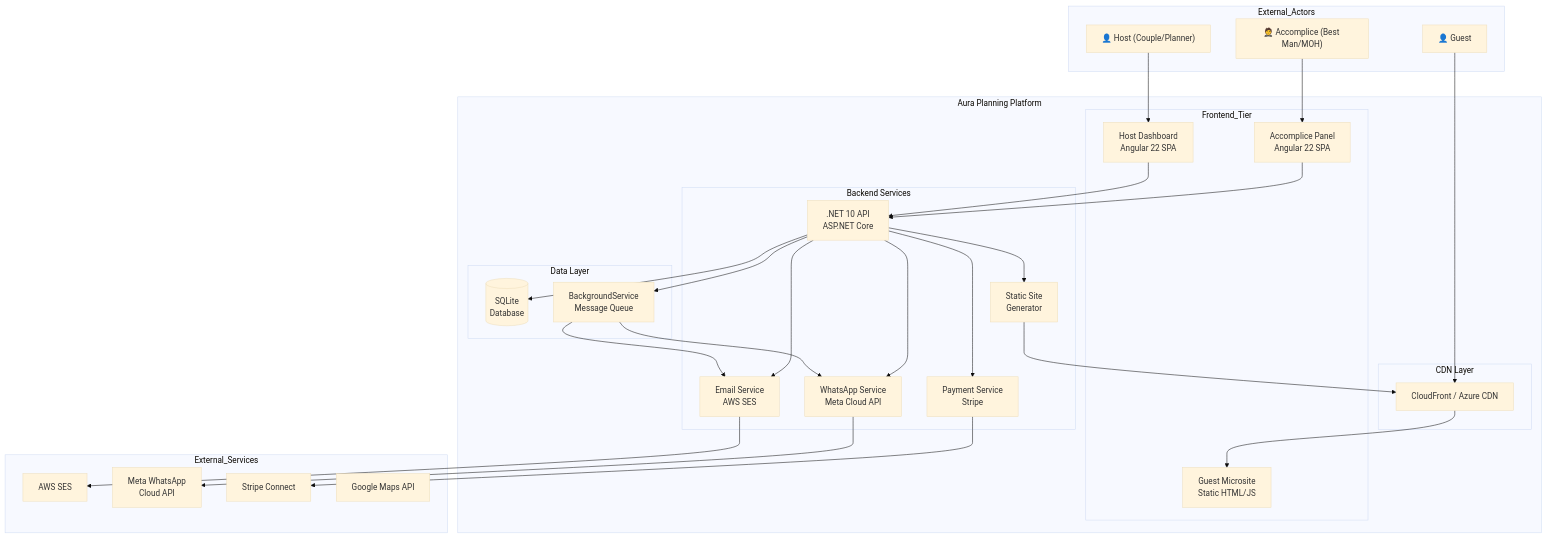
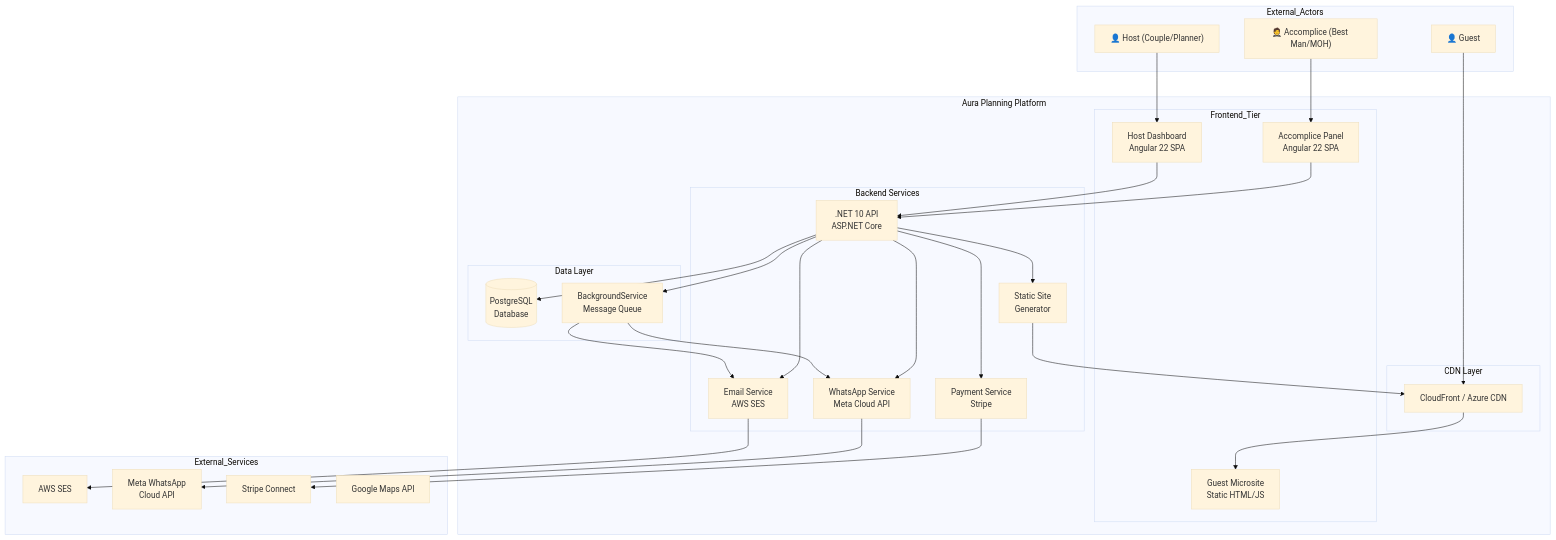
Before and after one commit to LIDR-academy/AI4Devs-finalproject: the first of 17 diagrams in .tmp/technical-architecture-analysis.md, drawn with Mermaid (base theme). The commit also changed other lines of this file and 11 other files, not shown here.

````diff
--- a/.tmp/technical-architecture-analysis.md
+++ b/.tmp/technical-architecture-analysis.md
@@ -40,63 +40,63 @@
 ```mermaid
 graph TB
     subgraph External_Actors
         Host["👤 Host (Couple/Planner)"]
         Guest["👤 Guest"]
         Accomplice["🤵 Accomplice (Best Man/MOH)"]
     end
 
     subgraph Aura_Platform["Aura Planning Platform"]
         subgraph Frontend_Tier
             Dashboard["Host Dashboard<br/>Angular 22 SPA"]
             Microsite["Guest Microsite<br/>Static HTML/JS"]
             AccomplicePanel["Accomplice Panel<br/>Angular 22 SPA"]
         end
 
         subgraph CDN_Tier["CDN Layer"]
             CloudFront["CloudFront / Azure CDN"]
         end
 
         subgraph Backend_Tier["Backend Services"]
             API[".NET 10 API<br/>ASP.NET Core"]
             SSG["Static Site<br/>Generator"]
             EmailSvc["Email Service<br/>AWS SES"]
             WhatsAppSvc["WhatsApp Service<br/>Meta Cloud API"]
             PaymentSvc["Payment Service<br/>Stripe"]
         end
 
         subgraph Data_Tier["Data Layer"]
-            SQLite[("SQLite<br/>Database")]
+            PostgreSQL[("PostgreSQL<br/>Database")]
             Queue["BackgroundService<br/>Message Queue"]
         end
     end
 
     subgraph External_Services
         SES["AWS SES"]
         MetaWA["Meta WhatsApp<br/>Cloud API"]
         Stripe["Stripe Connect"]
         GMaps["Google Maps API"]
     end
 
     Host --> Dashboard
     Guest --> CloudFront
     Accomplice --> AccomplicePanel
     AccomplicePanel --> API
 
     Dashboard --> API
     CloudFront --> Microsite
 
     API --> SSG
     API --> EmailSvc
     API --> WhatsAppSvc
     API --> PaymentSvc
-    API --> SQLite
+    API --> PostgreSQL
     API --> Queue
 
     SSG --> CloudFront
     EmailSvc --> SES
     WhatsAppSvc --> MetaWA
     PaymentSvc --> Stripe
 
     Queue --> EmailSvc
     Queue --> WhatsAppSvc
 ```
````
